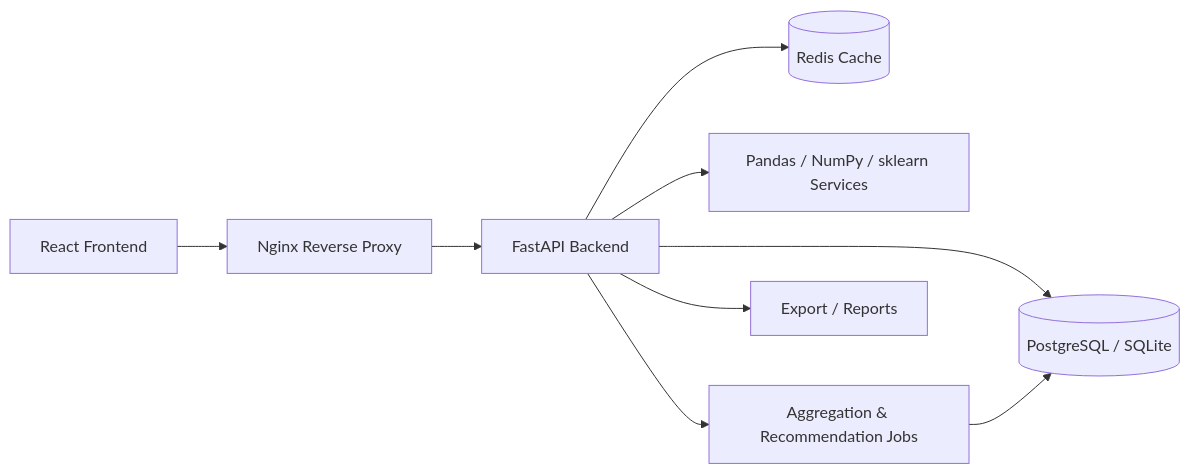
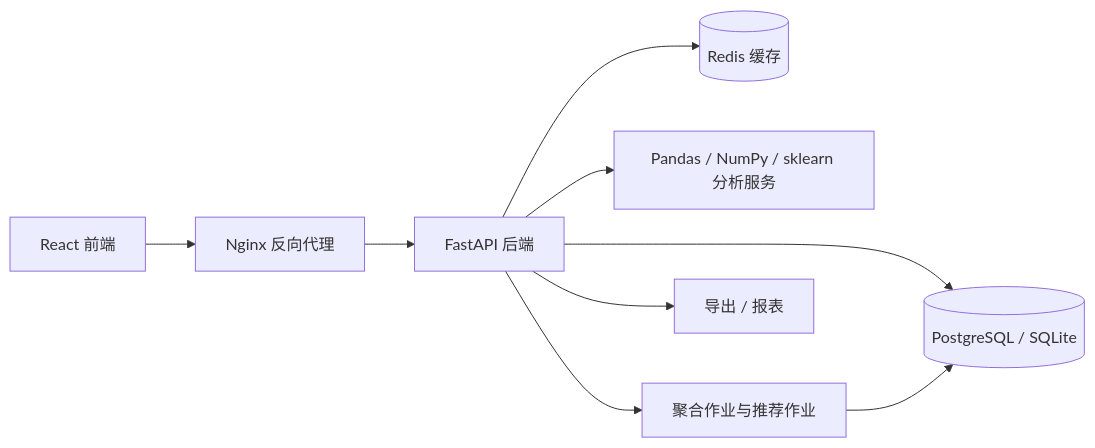
Before and after one commit to ADerekGL/WebAppCourseDesign: the first of 3 diagrams in docs/02_system_design.md, drawn with Mermaid. The commit also changed other lines of this file and 7 other files, not shown here.

````diff
--- a/docs/02_system_design.md
+++ b/docs/02_system_design.md
@@ -5,11 +5,11 @@
 ```mermaid
 flowchart LR
-    Browser[React Frontend] --> Nginx[Nginx Reverse Proxy]
-    Nginx --> API[FastAPI Backend]
+    Browser[React 前端] --> Nginx[Nginx 反向代理]
+    Nginx --> API[FastAPI 后端]
     API --> DB[(PostgreSQL / SQLite)]
-    API --> Redis[(Redis Cache)]
-    API --> Analytics[Pandas / NumPy / sklearn Services]
-    API --> Jobs[Aggregation & Recommendation Jobs]
+    API --> Redis[(Redis 缓存)]
+    API --> Analytics[Pandas / NumPy / sklearn 分析服务]
+    API --> Jobs[聚合作业与推荐作业]
     Jobs --> DB
-    API --> Docs[Export / Reports]
+    API --> Docs[导出 / 报表]
 ```
````
